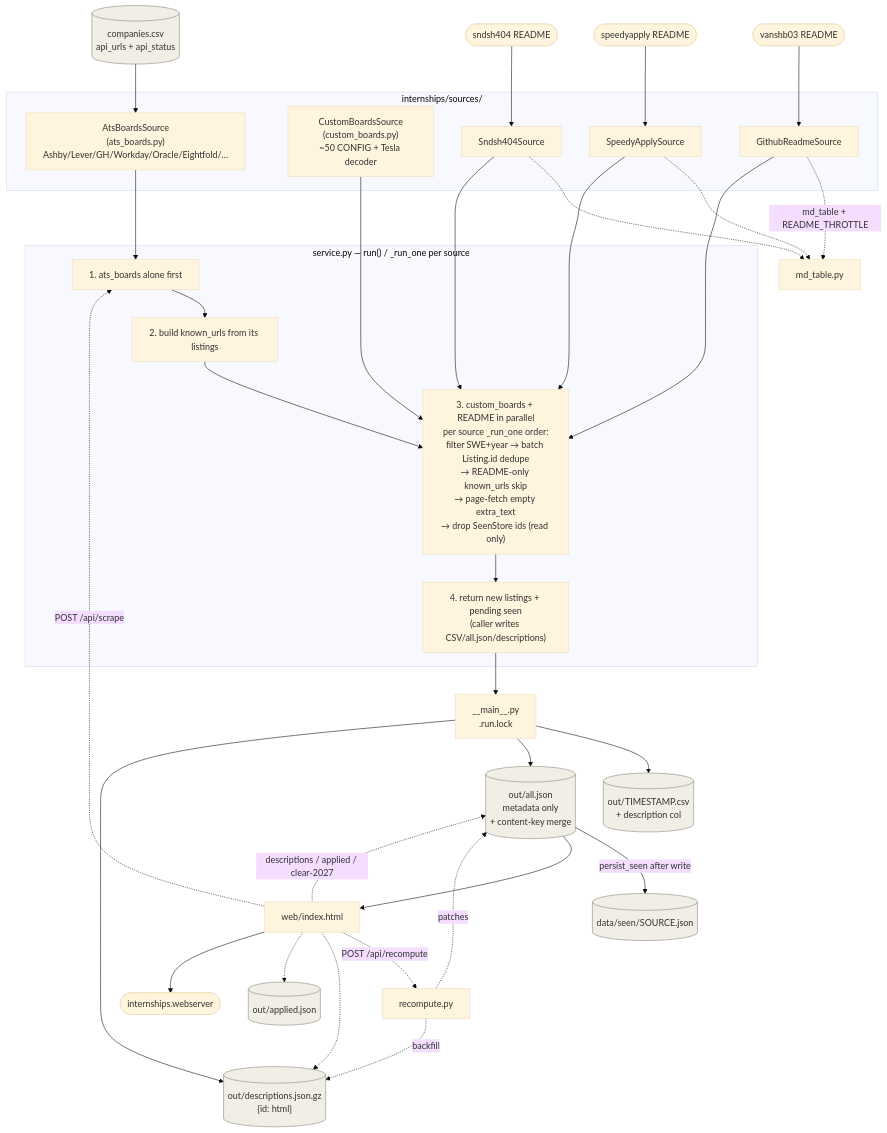
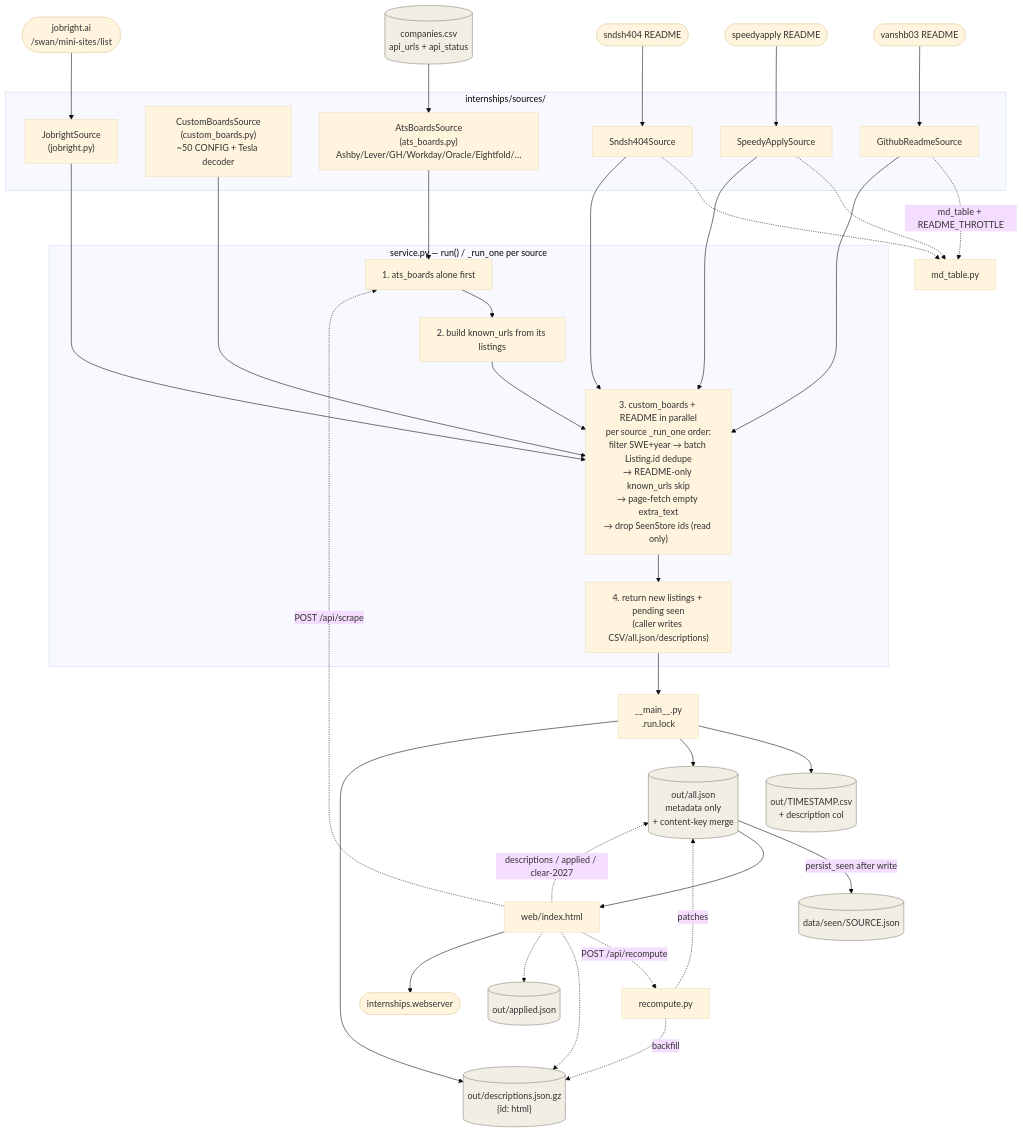
One commit to douglasichen/internships changed the diagram in docs/architecture.md. Above: the diagram before and after it, drawn with Mermaid (base theme). The commit also changed other lines of this file and 4 other files, not shown here.

First line of the commit message:
Add Jobright US SWE intern board as a source (#81)

````diff
--- a/docs/architecture.md
+++ b/docs/architecture.md
@@ -9,57 +9,60 @@
 ```mermaid
 flowchart TD
     subgraph Sources["internships/sources/"]
         ATS["AtsBoardsSource\n(ats_boards.py)\nAshby/Lever/GH/Workday/Oracle/Eightfold/…"]
         CB["CustomBoardsSource\n(custom_boards.py)\n~50 CONFIG + Tesla decoder"]
         GH["GithubReadmeSource"]
         SA["SpeedyApplySource"]
         SN["Sndsh404Source"]
+        JR["JobrightSource\n(jobright.py)"]
     end
 
     CSV[("companies.csv\napi_urls + api_status")] --> ATS
     R1(["vanshb03 README"]) --> GH
     R2(["speedyapply README"]) --> SA
     R3(["sndsh404 README"]) --> SN
+    JRAPI(["jobright.ai\n/swan/mini-sites/list"]) --> JR
 
     GH -.->|md_table + README_THROTTLE| MD["md_table.py"]
     SA -.-> MD
     SN -.-> MD
 
     subgraph Orchestrator["service.py — run() / _run_one per source"]
         STEP1["1. ats_boards alone first"]
         STEP2["2. build known_urls from its listings"]
         STEP3["3. custom_boards + README in parallel\nper source _run_one order:\nfilter SWE+year → batch Listing.id dedupe\n→ README-only known_urls skip\n→ page-fetch empty extra_text\n→ drop SeenStore ids (read only)"]
         STEP4["4. return new listings + pending seen\n(caller writes CSV/all.json/descriptions)"]
         STEP1 --> STEP2 --> STEP3 --> STEP4
     end
 
     ATS --> STEP1
     CB --> STEP3
     GH --> STEP3
     SA --> STEP3
     SN --> STEP3
+    JR --> STEP3
 
     STEP4 --> MAIN["__main__.py\n.run.lock"]
     MAIN --> CSVOUT[("out/TIMESTAMP.csv\n+ description col")]
     MAIN --> ALLJSON[("out/all.json\nmetadata only\n+ content-key merge")]
     MAIN --> DESCS[("out/descriptions.json.gz\n{id: html}")]
     ALLJSON -->|persist_seen after write| SEEN[("data/seen/SOURCE.json")]
 
     RECOMPUTE["recompute.py"] -.->|patches| ALLJSON
     RECOMPUTE -.->|backfill| DESCS
     WEB -.->|POST /api/recompute| RECOMPUTE
     WEB -.->|POST /api/scrape| STEP1
     WEB -.->|descriptions / applied / clear-2027| ALLJSON
     WEB -.-> DESCS
     WEB -.-> APPLIED[("out/applied.json")]
 
     ALLJSON --> WEB["web/index.html"]
     WEB --> Browser(["internships.webserver"])
 
     style CSV fill:#F1EEE5,stroke:#8A8478
     style SEEN fill:#F1EEE5,stroke:#8A8478
     style CSVOUT fill:#F1EEE5,stroke:#8A8478
     style ALLJSON fill:#F1EEE5,stroke:#8A8478
     style DESCS fill:#F1EEE5,stroke:#8A8478
     style APPLIED fill:#F1EEE5,stroke:#8A8478
 ```
````
